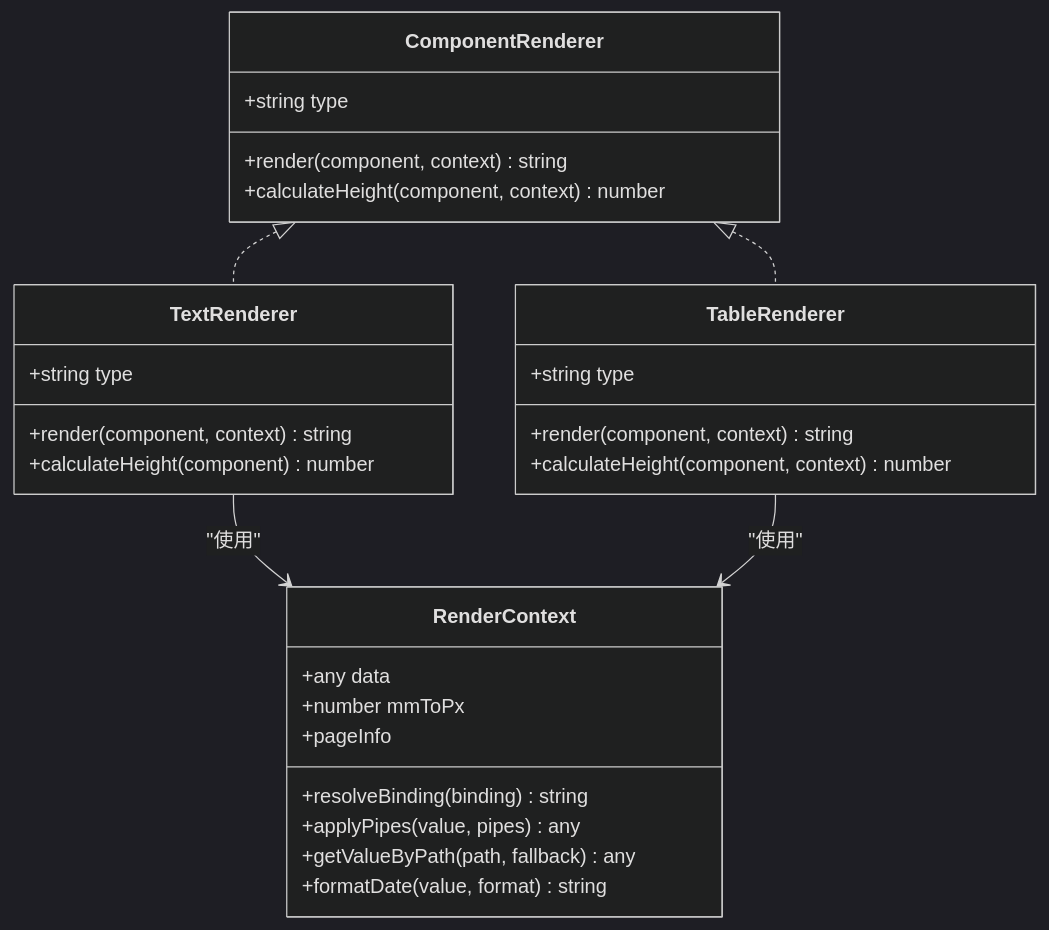
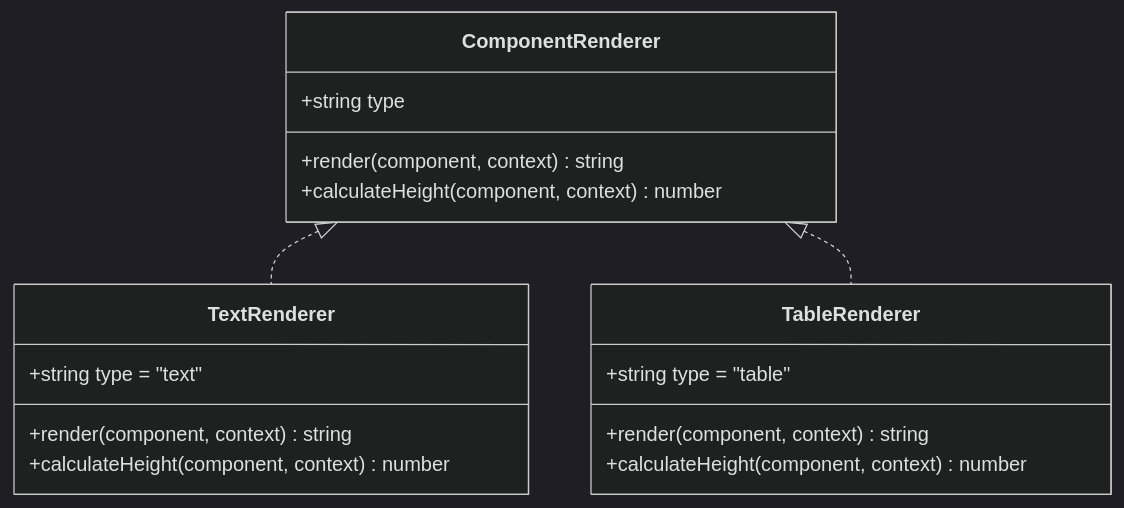
One commit to joker-yjc/printer changed the third of 5 diagrams in .qoder/repowiki/zh/content/扩展开发指南/扩展开发指南.md. Above: the diagram before and after it, drawn with Mermaid (dark theme). The commit also changed other lines of this file and 274 other files, not shown here.

````diff
--- a/.qoder/repowiki/zh/content/扩展开发指南/扩展开发指南.md
+++ b/.qoder/repowiki/zh/content/扩展开发指南/扩展开发指南.md
@@ -159,31 +144,20 @@
 ```mermaid
 classDiagram
 class ComponentRenderer {
 +string type
 +render(component, context) string
 +calculateHeight(component, context) number
 }
-class RenderContext {
-+any data
-+resolveBinding(binding) string
-+applyPipes(value, pipes) any
-+getValueByPath(path, fallback) any
-+formatDate(value, format) string
-+number mmToPx
-+pageInfo
-}
 class TextRenderer {
-+string type
++string type = "text"
 +render(component, context) string
-+calculateHeight(component) number
++calculateHeight(component, context) number
 }
 class TableRenderer {
-+string type
++string type = "table"
 +render(component, context) string
 +calculateHeight(component, context) number
 }
 ComponentRenderer <|.. TextRenderer
 ComponentRenderer <|.. TableRenderer
-TextRenderer --> RenderContext : "使用"
-TableRenderer --> RenderContext : "使用"
 ```
````
